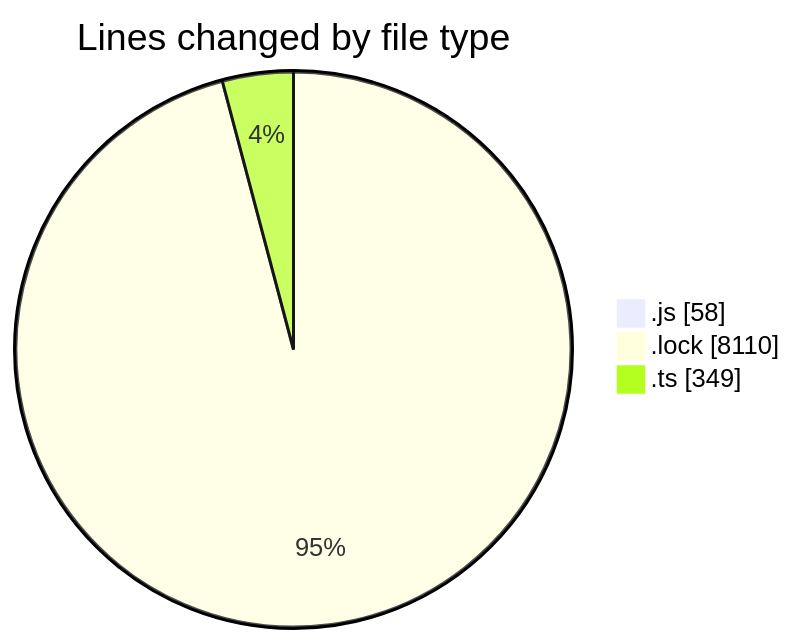
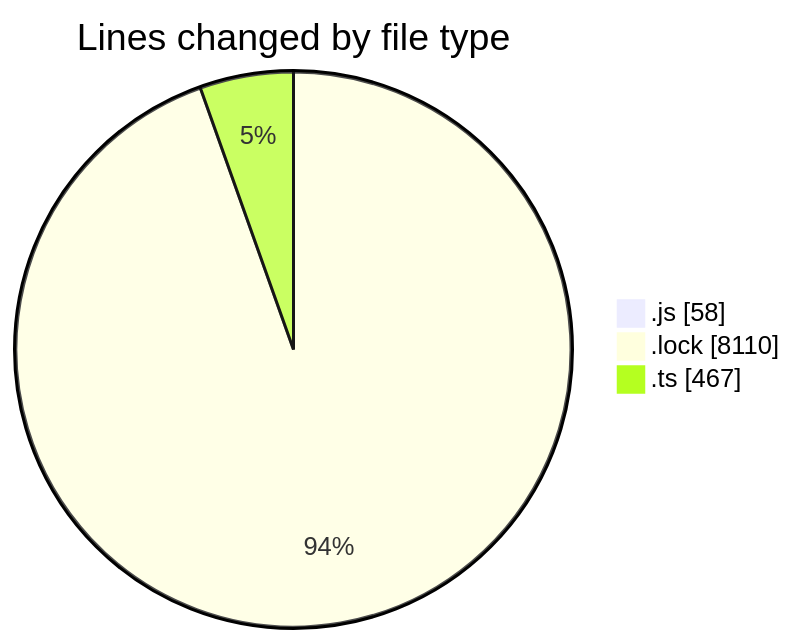
Before and after one commit to momahboobian/code-tracking: the first of 2 diagrams in 2025-02-07/cda/README.md, drawn with Mermaid. The commit also changed other lines of this file and 1 other file, not shown here.

````diff
--- a/2025-02-07/cda/README.md
+++ b/2025-02-07/cda/README.md
@@ -25,7 +26,7 @@
 ```mermaid
 pie showData
 title Lines changed by file type
 ".js" : 58
 ".lock" : 8110
-".ts" : 349
+".ts" : 467
 ```
````
